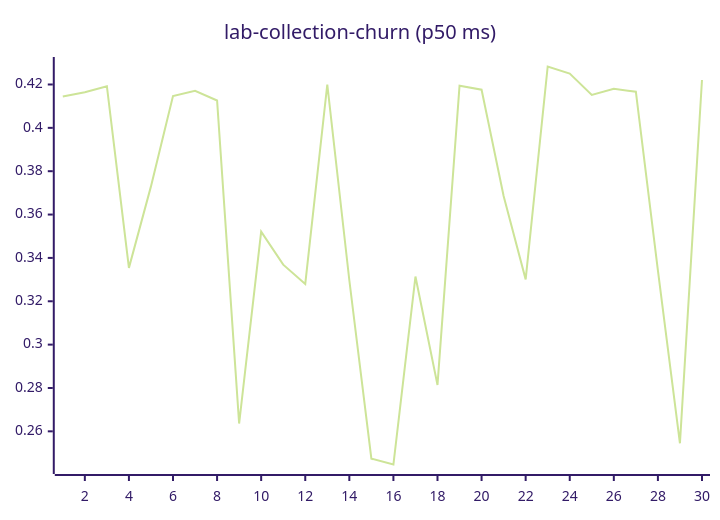
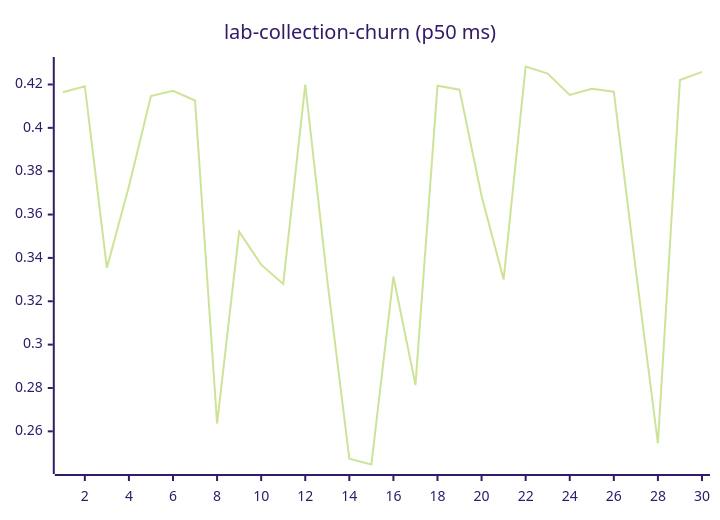
Before and after one commit to josha/Facet: diagram 11 of 27 in README.md, drawn with Mermaid (forest theme). The commit also changed other lines of this file and 2 other files, not shown here.

````diff
--- a/README.md
+++ b/README.md
@@ -133,6 +133,6 @@
 ```mermaid
 xychart-beta
     title "lab-collection-churn (p50 ms)"
     x-axis 1 --> 30
-    line [0.4145, 0.4164, 0.4192, 0.3354, 0.3730, 0.4147, 0.4171, 0.4126, 0.2636, 0.3521, 0.3369, 0.3280, 0.4200, 0.3297, 0.2474, 0.2447, 0.3314, 0.2814, 0.4194, 0.4176, 0.3686, 0.3301, 0.4283, 0.4250, 0.4152, 0.4180, 0.4167, 0.3342, 0.2545, 0.4221]
+    line [0.4164, 0.4192, 0.3354, 0.3730, 0.4147, 0.4171, 0.4126, 0.2636, 0.3521, 0.3369, 0.3280, 0.4200, 0.3297, 0.2474, 0.2447, 0.3314, 0.2814, 0.4194, 0.4176, 0.3686, 0.3301, 0.4283, 0.4250, 0.4152, 0.4180, 0.4167, 0.3342, 0.2545, 0.4221, 0.4258]
 ```
````
